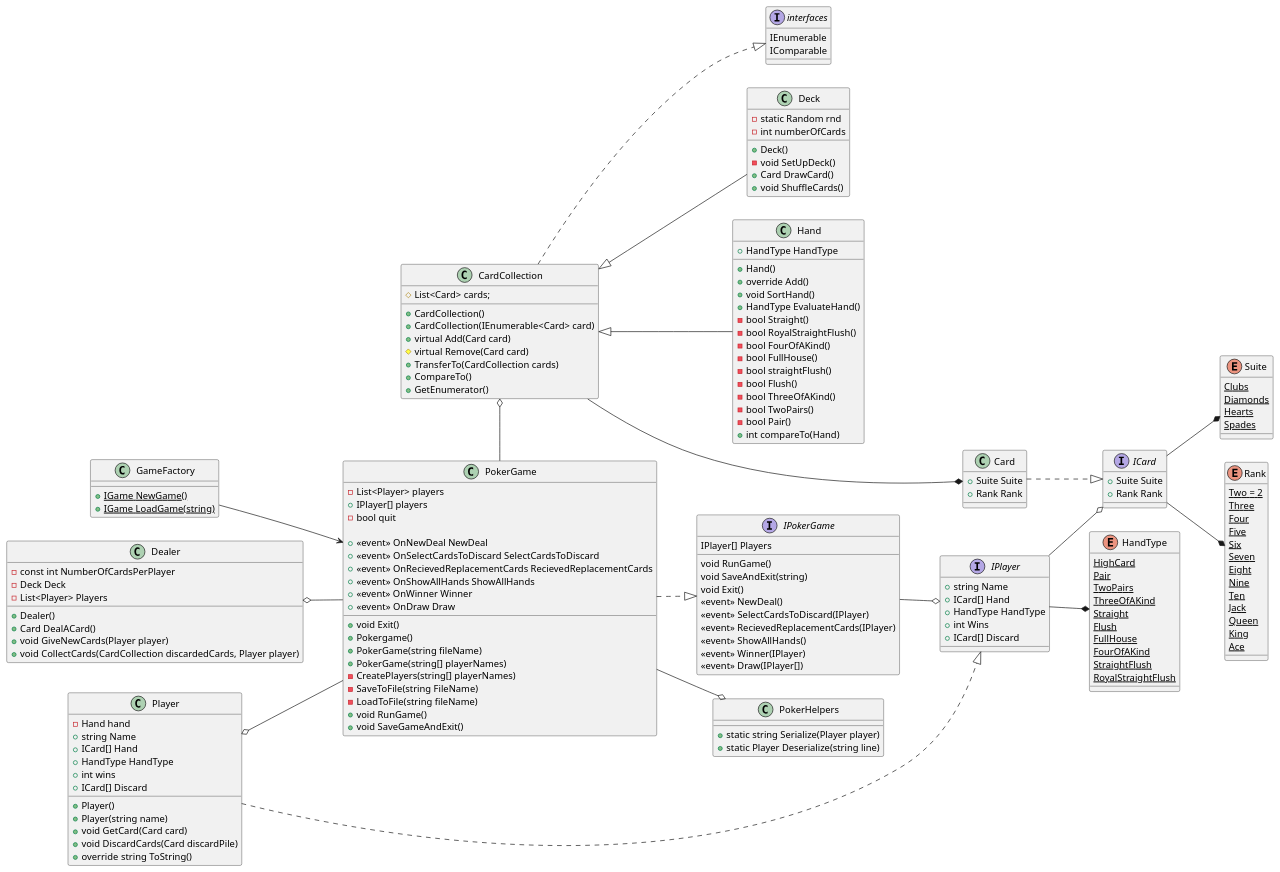
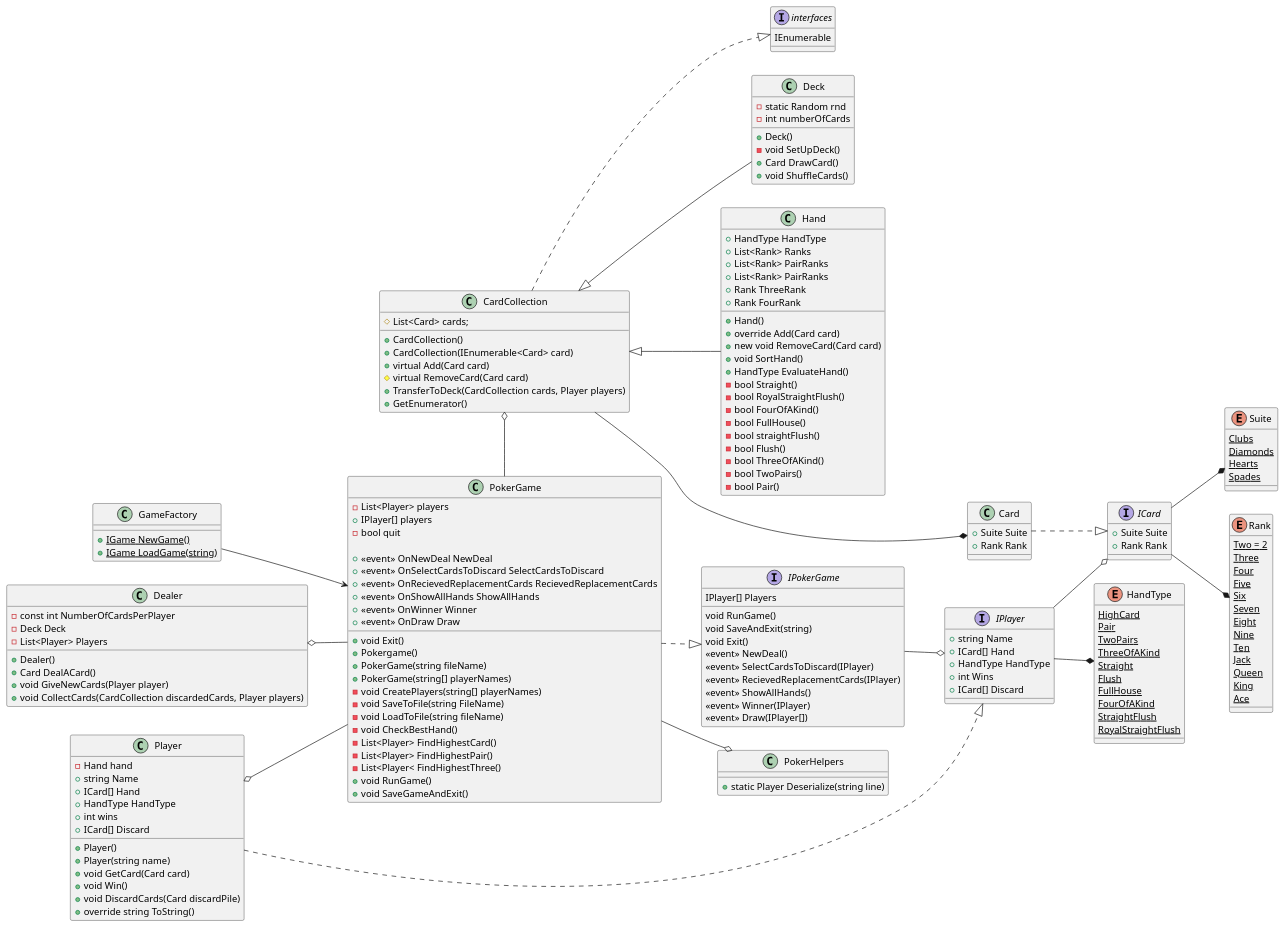
One commit to Nahd92/Poker changed the diagram in PokerConsoleApp/design.wsd. Above: the diagram before and after it, drawn with PlantUML. The commit also changed 7 other files, not shown here.

```diff
--- a/PokerConsoleApp/design.wsd
+++ b/PokerConsoleApp/design.wsd
@@ -87,9 +87,13 @@
     + Pokergame()
     + PokerGame(string fileName)
     + PokerGame(string[] playerNames)
-    - CreatePlayers(string[] playerNames)
-    - SaveToFile(string FileName)
-    - LoadToFile(string fileName)
+    - void CreatePlayers(string[] playerNames)
+    - void SaveToFile(string FileName)
+    - void LoadToFile(string fileName)
+    - void CheckBestHand()
+    - List<Player> FindHighestCard()
+    - List<Player> FindHighestPair()
+    - List<Player< FindHighestThree()
     + void RunGame()
     + void SaveGameAndExit()
 
@@ -102,7 +106,6 @@
 }
 
 class PokerHelpers{
-+ static string Serialize(Player player)
 + static Player Deserialize(string line)
 }
 
@@ -110,7 +113,6 @@
 interface interfaces
 {
 IEnumerable
-IComparable
 }
 
 
@@ -120,9 +122,8 @@
 + CardCollection()
 + CardCollection(IEnumerable<Card> card)
 + virtual Add(Card card)
-# virtual Remove(Card card)
-+ TransferTo(CardCollection cards)
-+ CompareTo()
+# virtual RemoveCard(Card card)
++ TransferToDeck(CardCollection cards, Player players)
 + GetEnumerator()
 
 }
@@ -137,6 +138,7 @@
 + ICard[] Discard
 + Player(string name)
 + void GetCard(Card card)
++ void Win()
 + void DiscardCards(Card discardPile)
 + override string ToString()
 }
@@ -149,7 +151,7 @@
 + Dealer()
 + Card DealACard()
 + void GiveNewCards(Player player)
-+ void CollectCards(CardCollection discardedCards, Player player)
++ void CollectCards(CardCollection discardedCards, Player players)
 }
 
 
@@ -182,8 +184,14 @@
 
 class Hand{
 + HandType HandType
++ List<Rank> Ranks
++ List<Rank> PairRanks
++ List<Rank> PairRanks
++ Rank ThreeRank
++ Rank FourRank
 + Hand()
-+ override Add()
++ override Add(Card card)
++ new void RemoveCard(Card card)
 + void SortHand()
 + HandType EvaluateHand()
 - bool Straight()
@@ -195,7 +203,6 @@
 - bool ThreeOfAKind()
 - bool TwoPairs()
 - bool Pair()
-+ int compareTo(Hand)
 }
 
 
```
